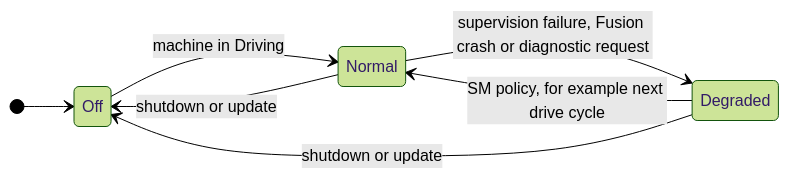
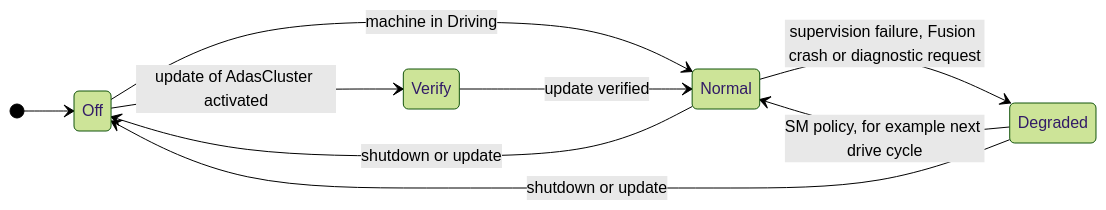
One commit to cavoidcodon/adaptive-guides changed the sixth of 8 diagrams in guides/00_LearningPath.md. Above: the diagram before and after it, drawn with Mermaid (forest theme). The commit also changed other lines of this file and 5 other files, not shown here.

````diff
--- a/guides/00_LearningPath.md
+++ b/guides/00_LearningPath.md
@@ -702,10 +708,12 @@
 ```mermaid
 stateDiagram-v2
     direction LR
     [*] --> Off
     Off --> Normal: machine in Driving
     Normal --> Degraded: supervision failure, Fusion crash or diagnostic request
     Degraded --> Normal: SM policy, for example next drive cycle
     Normal --> Off: shutdown or update
     Degraded --> Off: shutdown or update
+    Off --> Verify: update of AdasCluster activated
+    Verify --> Normal: update verified
 ```
````
